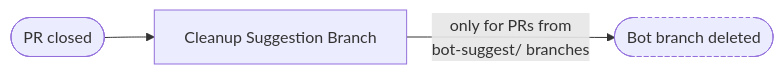
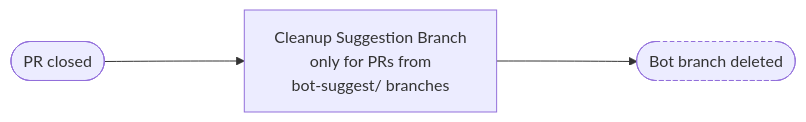
Before and after one commit to nfdi4health/dsSupportClient: the second of 5 diagrams in .github/workflow-graphs/README.md, drawn with Mermaid. The commit also changed other lines of this file, not shown here.

Commit message:
docs: update workflow diagrams

````diff
--- a/.github/workflow-graphs/README.md
+++ b/.github/workflow-graphs/README.md
@@ -68,9 +70,10 @@
 ```mermaid
+%%{init: {"flowchart": {"rankSpacing": 140, "nodeSpacing": 45}}}%%
 flowchart LR
   ev(["PR closed"])
-  wf_cleanup_suggestion_branch_yml["Cleanup Suggestion Branch"]
+  wf_cleanup_suggestion_branch_yml["Cleanup Suggestion Branch<br/>only for PRs from<br/>bot-suggest/ branches"]
   ev --> wf_cleanup_suggestion_branch_yml
   out_1(["Bot branch deleted"]):::outcome
-  wf_cleanup_suggestion_branch_yml -- "only for PRs from<br/>bot-suggest/ branches" --> out_1
+  wf_cleanup_suggestion_branch_yml --> out_1
   classDef outcome stroke-dasharray: 4 3
 ```
````
